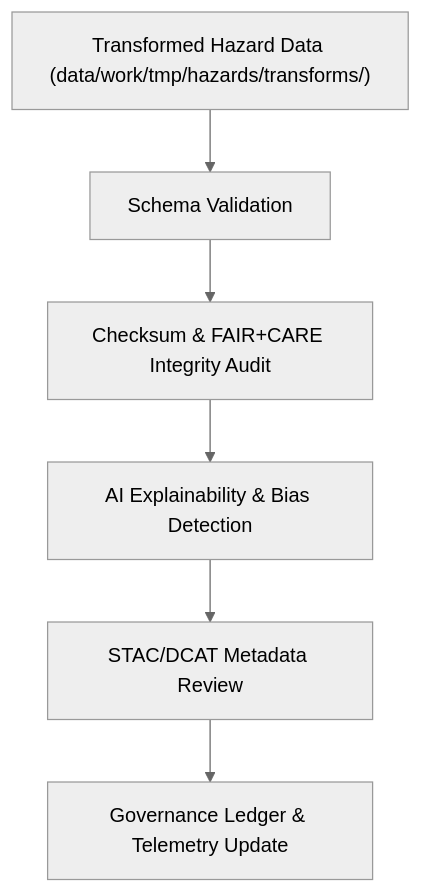
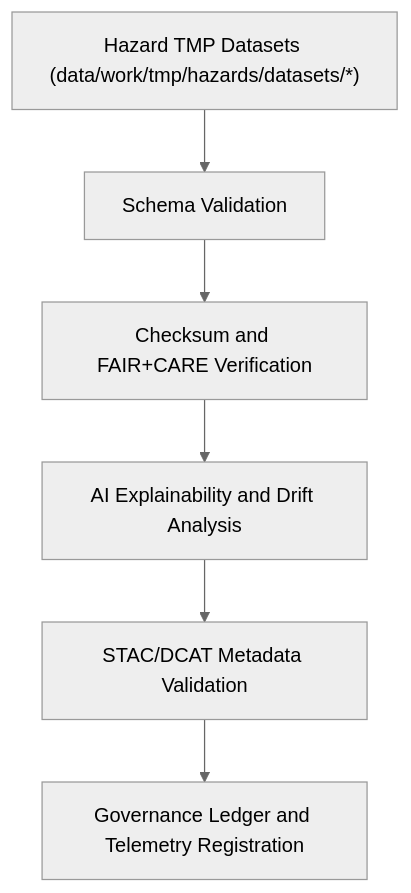
One commit to bartytime4life/Kansas-Frontier-Matrix changed the diagram in data/work/tmp/hazards/logs/validation/README.md. Above: the diagram before and after it, drawn with Mermaid (neutral theme). The commit also changed other lines of this file, not shown here.

````diff
--- a/data/work/tmp/hazards/logs/validation/README.md
+++ b/data/work/tmp/hazards/logs/validation/README.md
@@ -69,8 +69,8 @@
 ```mermaid
 flowchart TD
-    A["Transformed Hazard Data (data/work/tmp/hazards/transforms/)"] --> B["Schema Validation"]
-    B --> C["Checksum & FAIR+CARE Integrity Audit"]
-    C --> D["AI Explainability & Bias Detection"]
-    D --> E["STAC/DCAT Metadata Review"]
-    E --> F["Governance Ledger & Telemetry Update"]
+    A["Hazard TMP Datasets (data/work/tmp/hazards/datasets/*)"] --> B["Schema Validation"]
+    B --> C["Checksum and FAIR+CARE Verification"]
+    C --> D["AI Explainability and Drift Analysis"]
+    D --> E["STAC/DCAT Metadata Validation"]
+    E --> F["Governance Ledger and Telemetry Registration"]
 ```
````
